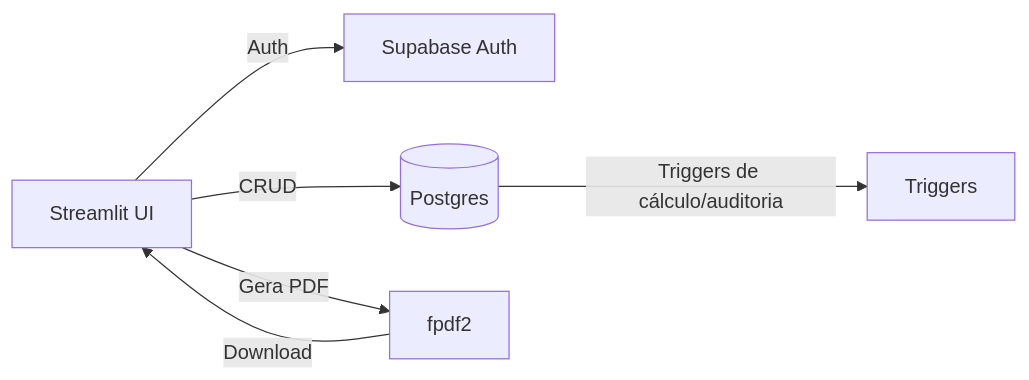
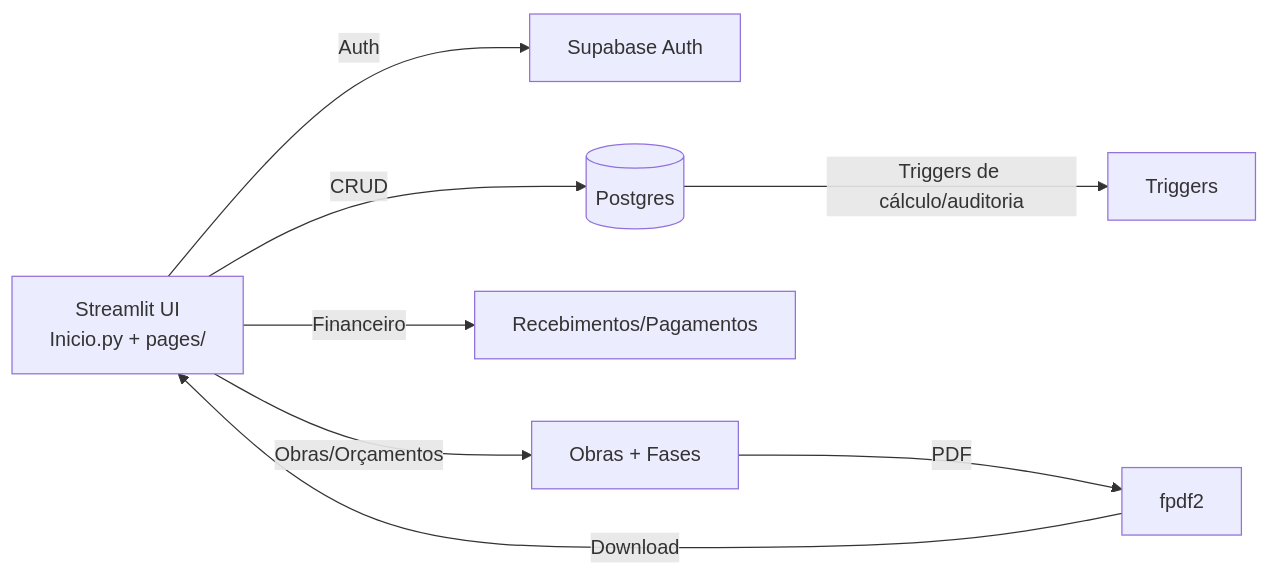
One commit to robyfaria/sepol changed the diagram in README.md. Above: the diagram before and after it, drawn with Mermaid. The commit also changed other lines of this file and 4 other files, not shown here.

````diff
--- a/README.md
+++ b/README.md
@@ -95,8 +99,10 @@
 ```mermaid
 flowchart LR
-    UI[Streamlit UI] -->|Auth| Auth[Supabase Auth]
+    UI[Streamlit UI<br/>Inicio.py + pages/] -->|Auth| Auth[Supabase Auth]
     UI -->|CRUD| DB[(Postgres)]
+    UI -->|Financeiro| FIN[Recebimentos/Pagamentos]
+    UI -->|Obras/Orçamentos| OBR[Obras + Fases]
     DB -->|Triggers de cálculo/auditoria| TRG[Triggers]
-    UI -->|Gera PDF| PDF[fpdf2]
+    OBR -->|PDF| PDF[fpdf2]
     PDF -->|Download| UI
 ```
````
